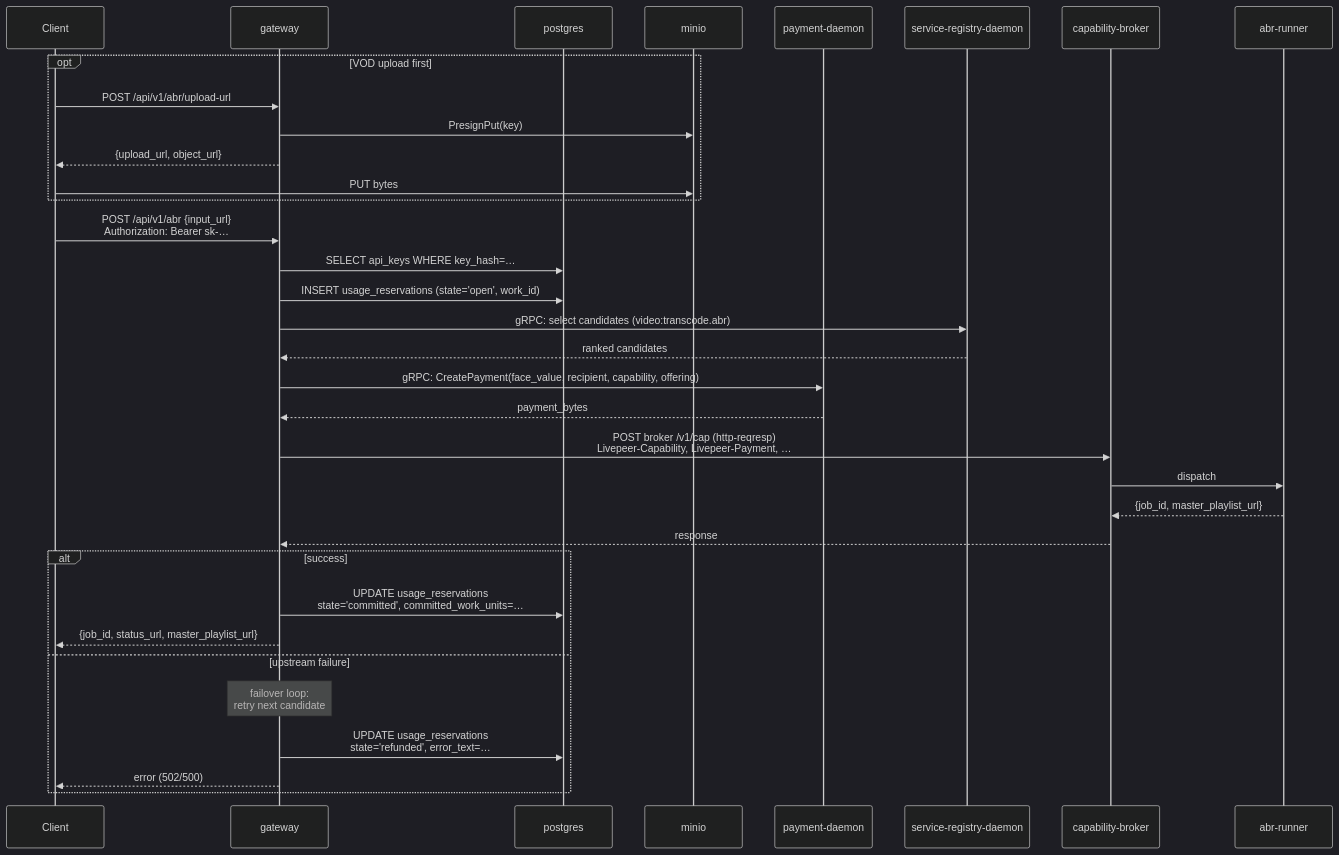
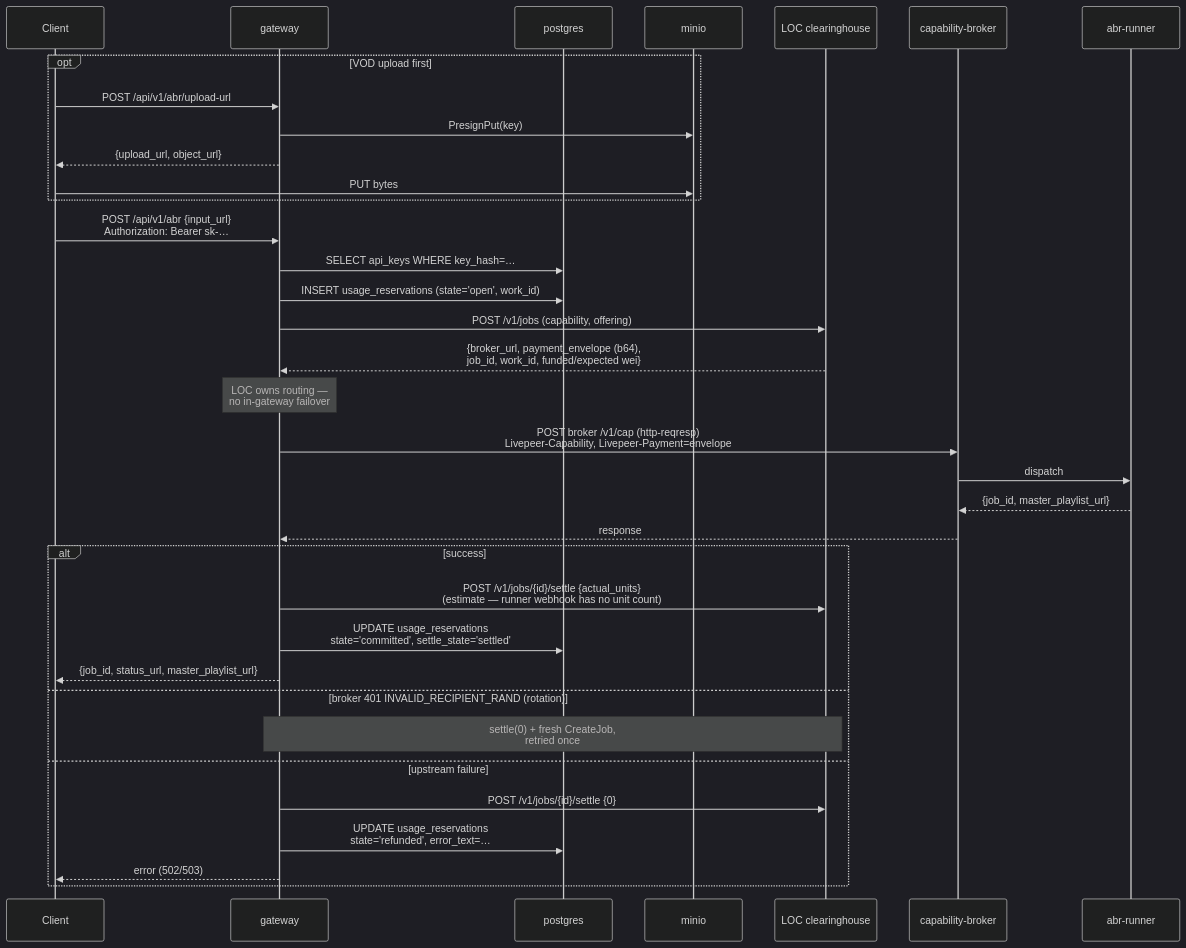
The third of 5 diagrams in ARCHITECTURE.md (Cloud-SPE/livepeer-modules-transcode-gateway), drawn with Mermaid (dark theme) before and after one commit. The commit also changed other lines of this file and 59 other files, not shown here.

````diff
--- a/ARCHITECTURE.md
+++ b/ARCHITECTURE.md
@@ -241,39 +251,40 @@
 ```mermaid
 sequenceDiagram
   participant C as Client
   participant GW as gateway
   participant DB as postgres
   participant MIN as minio
-  participant PAY as payment-daemon
-  participant REG as service-registry-daemon
+  participant LOC as LOC clearinghouse
   participant BRK as capability-broker
   participant RUN as abr-runner
 
   opt VOD upload first
     C->>GW: POST /api/v1/abr/upload-url
     GW->>MIN: PresignPut(key)
     GW-->>C: {upload_url, object_url}
     C->>MIN: PUT bytes
   end
 
   C->>GW: POST /api/v1/abr {input_url}<br/>Authorization: Bearer sk-…
   GW->>DB: SELECT api_keys WHERE key_hash=…
   GW->>DB: INSERT usage_reservations (state='open', work_id)
-  GW->>REG: gRPC: select candidates (video:transcode.abr)
-  REG-->>GW: ranked candidates
-  GW->>PAY: gRPC: CreatePayment(face_value, recipient, capability, offering)
-  PAY-->>GW: payment_bytes
-  GW->>BRK: POST broker /v1/cap (http-reqresp)<br/>Livepeer-Capability, Livepeer-Payment, …
+  GW->>LOC: POST /v1/jobs (capability, offering)
+  LOC-->>GW: {broker_url, payment_envelope (b64),<br/>job_id, work_id, funded/expected wei}
+  Note over GW: LOC owns routing —<br/>no in-gateway failover
+  GW->>BRK: POST broker /v1/cap (http-reqresp)<br/>Livepeer-Capability, Livepeer-Payment=envelope
   BRK->>RUN: dispatch
   RUN-->>BRK: {job_id, master_playlist_url}
   BRK-->>GW: response
 
   alt success
-    GW->>DB: UPDATE usage_reservations<br/>state='committed', committed_work_units=…
+    GW->>LOC: POST /v1/jobs/{id}/settle {actual_units}<br/>(estimate — runner webhook has no unit count)
+    GW->>DB: UPDATE usage_reservations<br/>state='committed', settle_state='settled'
     GW-->>C: {job_id, status_url, master_playlist_url}
+  else broker 401 INVALID_RECIPIENT_RAND (rotation)
+    Note over GW,LOC: settle(0) + fresh CreateJob,<br/>retried once
   else upstream failure
-    Note over GW: failover loop:<br/>retry next candidate
+    GW->>LOC: POST /v1/jobs/{id}/settle {0}
     GW->>DB: UPDATE usage_reservations<br/>state='refunded', error_text=…
-    GW-->>C: error (502/500)
+    GW-->>C: error (502/503)
   end
 ```
````
